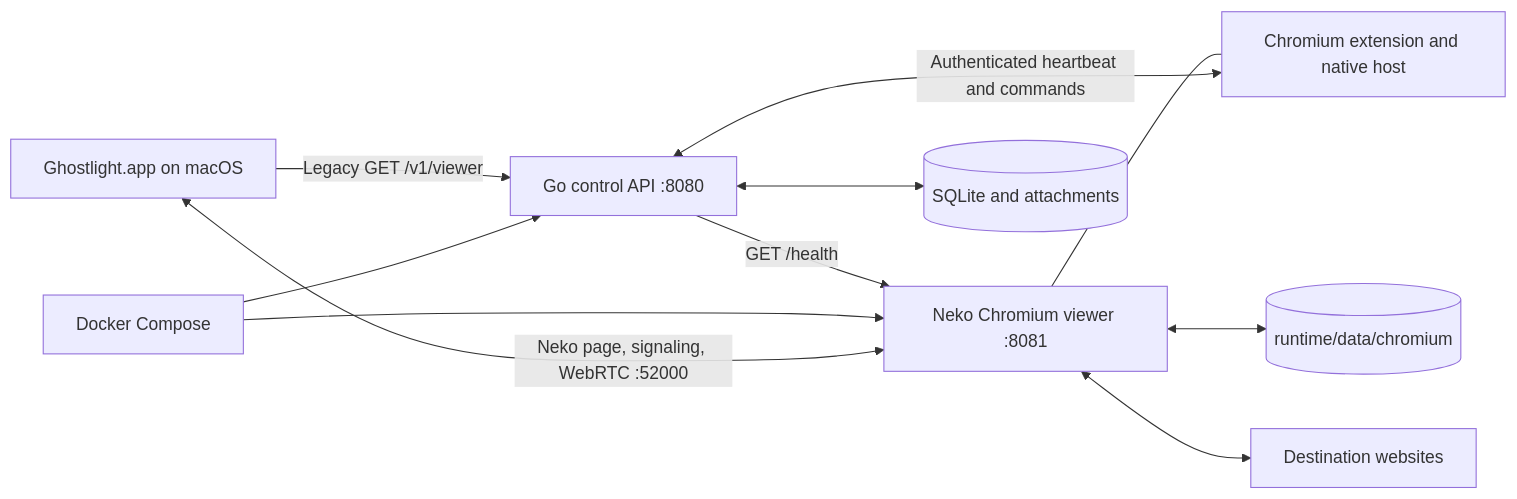
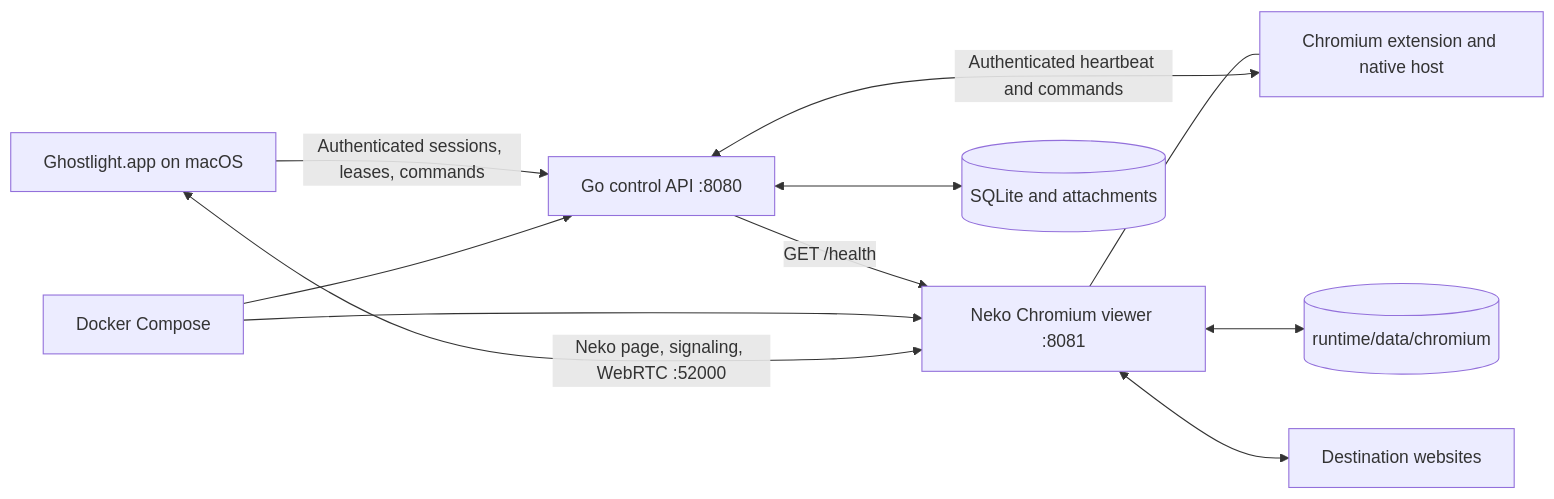
The diagram in docs/architecture.md (evalops/ghostlight), drawn with Mermaid before and after one commit. The commit also changed other lines of this file and 9 other files, not shown here.

````diff
--- a/docs/architecture.md
+++ b/docs/architecture.md
@@ -7,22 +7,22 @@
 ```mermaid
 flowchart LR
     app["Ghostlight.app on macOS"]
     control["Go control API :8080"]
     compose["Docker Compose"]
     viewer["Neko Chromium viewer :8081"]
     agent["Chromium extension and native host"]
     state[("SQLite and attachments")]
     profile[("runtime/data/chromium")]
     web["Destination websites"]
 
-    app -->|"Legacy GET /v1/viewer"| control
+    app -->|"Authenticated sessions, leases, commands"| control
     control -->|"GET /health"| viewer
     agent <-->|"Authenticated heartbeat and commands"| control
     compose --> control
     compose --> viewer
     control <--> state
     viewer --- agent
     app <-->|"Neko page, signaling, WebRTC :52000"| viewer
     viewer <--> profile
     viewer <--> web
 ```
````
